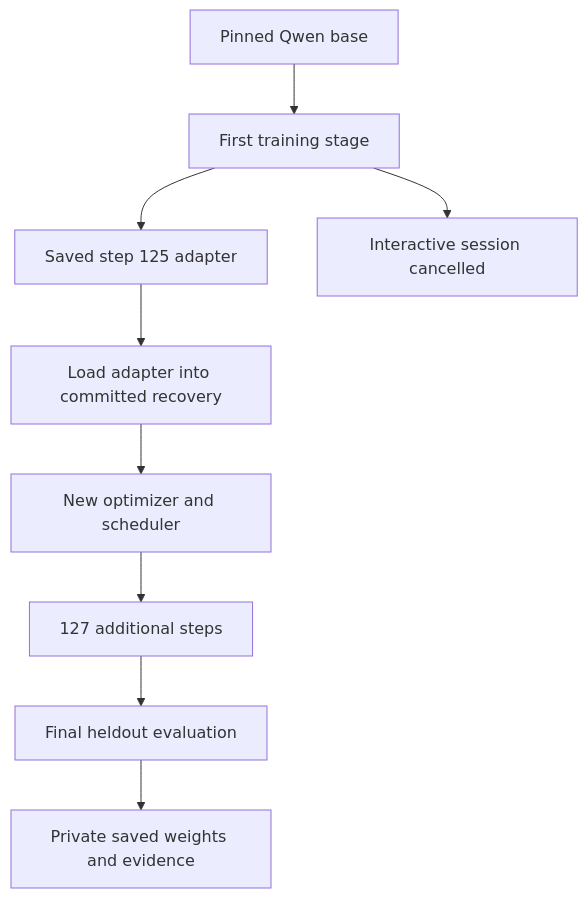
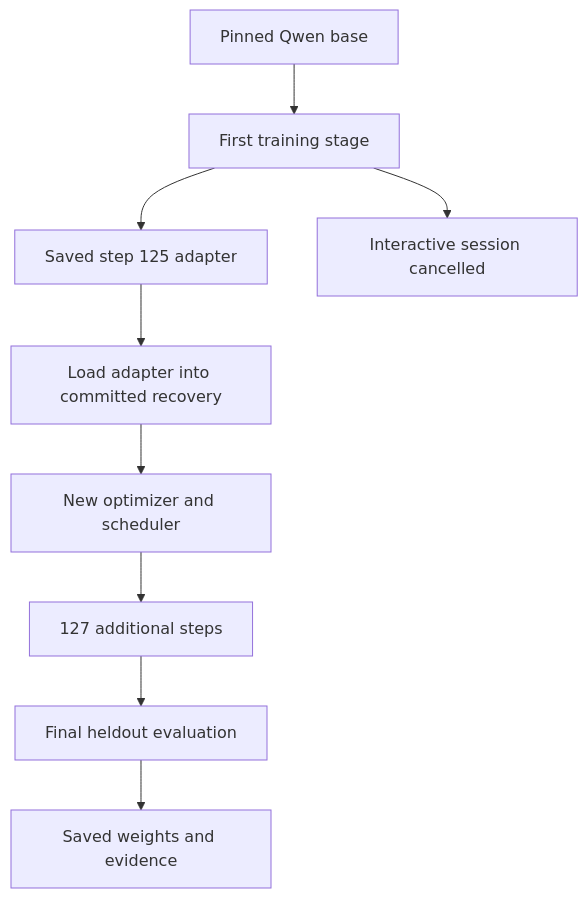
One commit to itsppm76/Elysium-X-150-FR changed the third of 4 diagrams in DOCUMENTATION.md. Above: the diagram before and after it, drawn with Mermaid. The commit also changed other lines of this file and 1 other file, not shown here.

````diff
--- a/DOCUMENTATION.md
+++ b/DOCUMENTATION.md
@@ -223,11 +223,11 @@
 ```mermaid
 flowchart TD
   A[Pinned Qwen base] --> B[First training stage]
   B --> C[Saved step 125 adapter]
   B --> D[Interactive session cancelled]
   C --> E[Load adapter into committed recovery]
   E --> F[New optimizer and scheduler]
   F --> G[127 additional steps]
   G --> H[Final heldout evaluation]
-  H --> I[Private saved weights and evidence]
+  H --> I[Saved weights and evidence]
 ```
````
